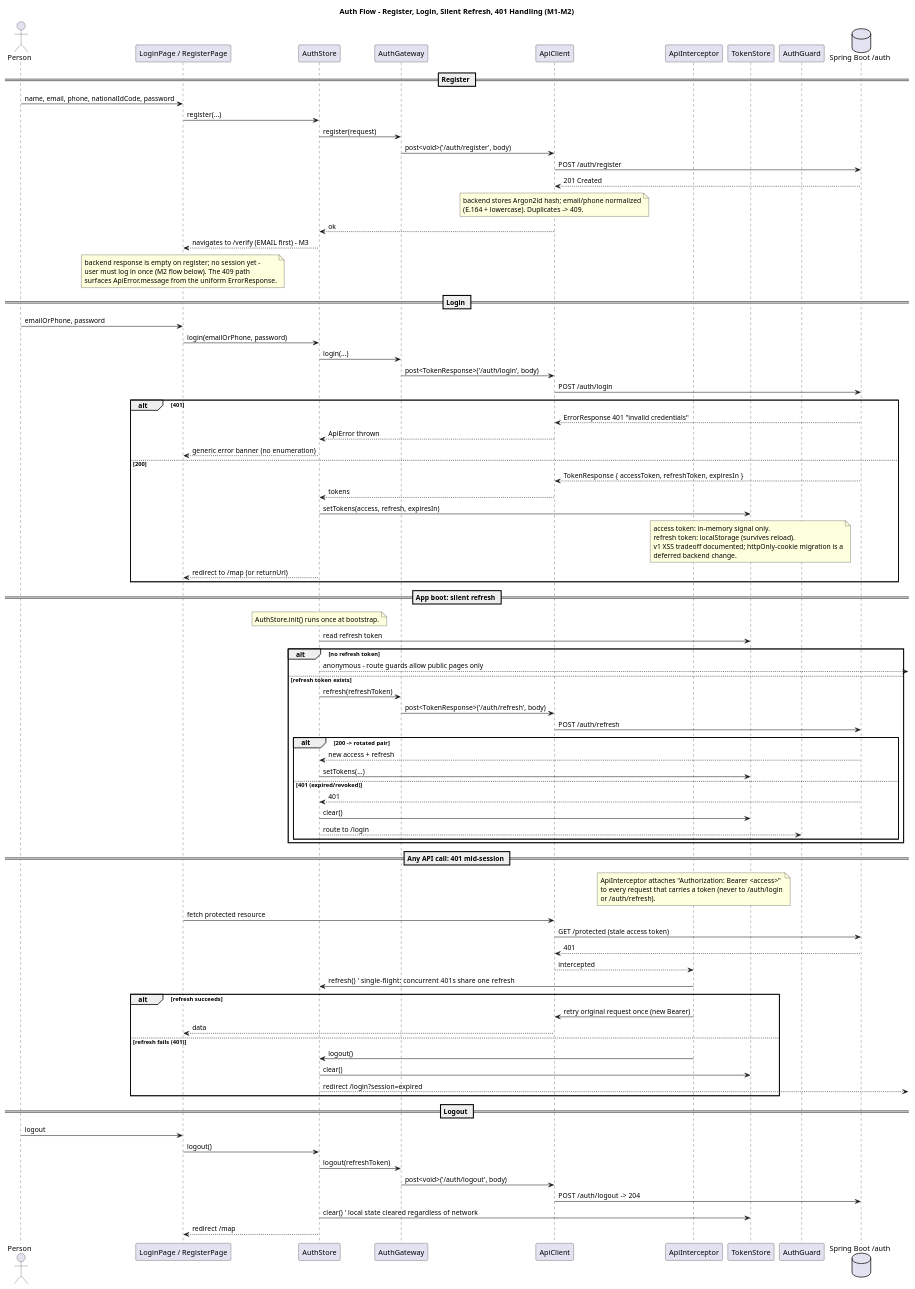
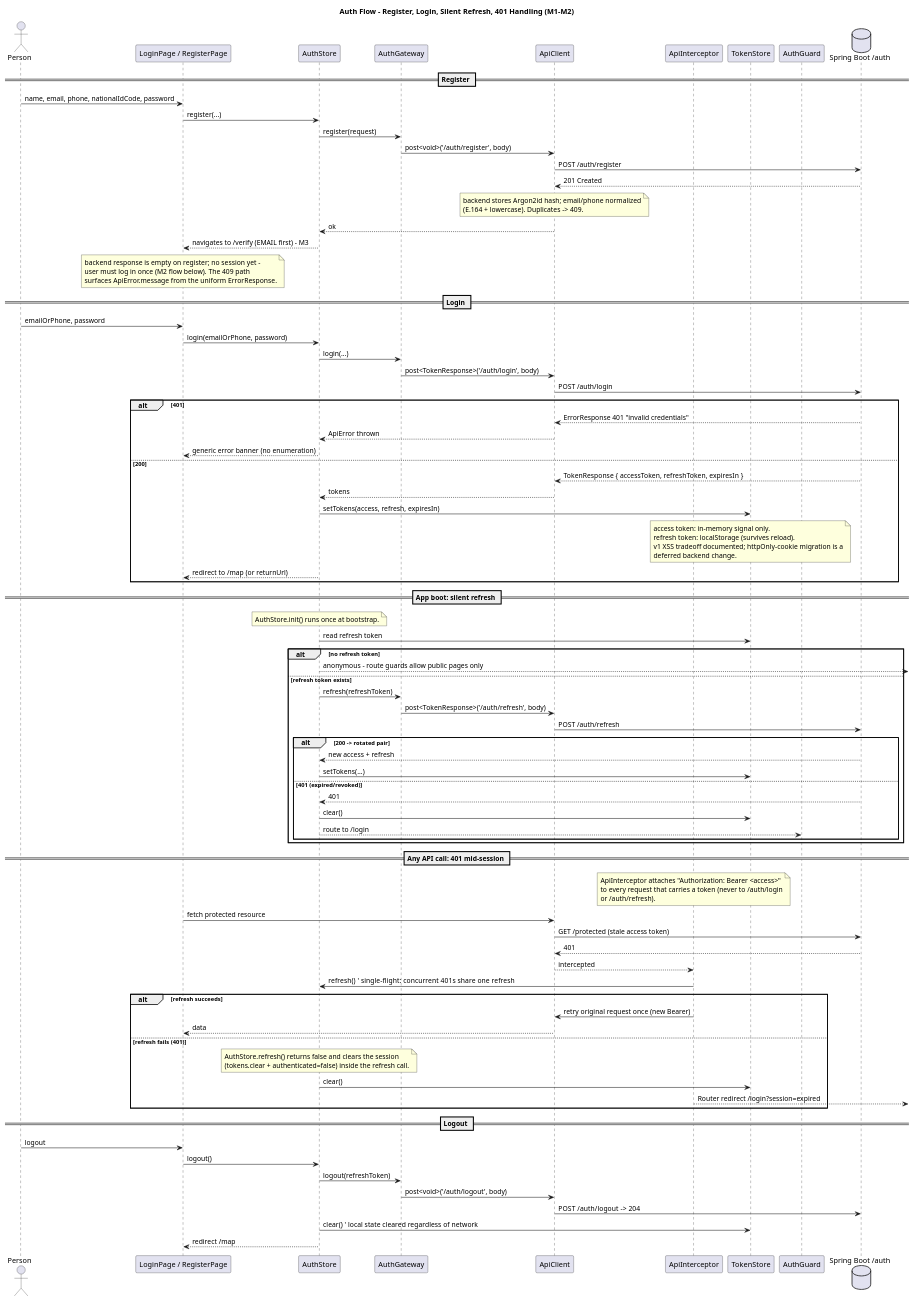
One commit to Bro223/OpenShelter changed the diagram in frontend/docs/02-auth-flow.puml. Above: the diagram before and after it, drawn with PlantUML. The commit also changed 28 other files, not shown here.

```diff
--- a/frontend/docs/02-auth-flow.puml
+++ b/frontend/docs/02-auth-flow.puml
@@ -1,106 +1,109 @@
 @startuml
 title Auth Flow - Register, Login, Silent Refresh, 401 Handling (M1-M2)
 
 actor Person
 
 participant "LoginPage / RegisterPage" as PG
 participant "AuthStore" as AS
 participant "AuthGateway" as AG
 participant "ApiClient" as AC
 participant "ApiInterceptor" as AI
 participant "TokenStore" as TS
 participant "AuthGuard" as G
 database "Spring Boot /auth" as API
 
 == Register ==
 Person -> PG : name, email, phone, nationalIdCode, password
 PG -> AS : register(...)
 AS -> AG : register(request)
 AG -> AC : post<void>('/auth/register', body)
 AC -> API : POST /auth/register
 API --> AC : 201 Created
 note over AC
   backend stores Argon2id hash; email/phone normalized
   (E.164 + lowercase). Duplicates -> 409.
 end note
 AC --> AS : ok
 AS --> PG : navigates to /verify (EMAIL first) - M3
 note over PG
   backend response is empty on register; no session yet -
   user must log in once (M2 flow below). The 409 path
   surfaces ApiError.message from the uniform ErrorResponse.
 end note
 
 == Login ==
 Person -> PG : emailOrPhone, password
 PG -> AS : login(emailOrPhone, password)
 AS -> AG : login(...)
 AG -> AC : post<TokenResponse>('/auth/login', body)
 AC -> API : POST /auth/login
 alt 401
   API --> AC : ErrorResponse 401 "invalid credentials"
   AC --> AS : ApiError thrown
   AS --> PG : generic error banner (no enumeration)
 else 200
   API --> AC : TokenResponse { accessToken, refreshToken, expiresIn }
   AC --> AS : tokens
   AS -> TS : setTokens(access, refresh, expiresIn)
   note over TS
     access token: in-memory signal only.
     refresh token: localStorage (survives reload).
     v1 XSS tradeoff documented; httpOnly-cookie migration is a
     deferred backend change.
   end note
   AS --> PG : redirect to /map (or returnUrl)
 end
 
 == App boot: silent refresh ==
 note over AS
   AuthStore.init() runs once at bootstrap.
 end note
 AS -> TS : read refresh token
 alt no refresh token
   AS --> : anonymous - route guards allow public pages only
 else refresh token exists
   AS -> AG : refresh(refreshToken)
   AG -> AC : post<TokenResponse>('/auth/refresh', body)
   AC -> API : POST /auth/refresh
   alt 200 -> rotated pair
     API --> AS : new access + refresh
     AS -> TS : setTokens(...)
   else 401 (expired/revoked)
     API --> AS : 401
     AS -> TS : clear()
     AS --> G : route to /login
   end
 end
 
 == Any API call: 401 mid-session ==
 note over AI
   ApiInterceptor attaches "Authorization: Bearer <access>"
   to every request that carries a token (never to /auth/login
   or /auth/refresh).
 end note
 PG -> AC : fetch protected resource
 AC -> API : GET /protected (stale access token)
 API --> AC : 401
 AC --> AI : intercepted
 AI -> AS : refresh()   ' single-flight: concurrent 401s share one refresh
 alt refresh succeeds
   AI -> AC : retry original request once (new Bearer)
   AC --> PG : data
 else refresh fails (401)
-  AI -> AS : logout()
+  note over AS
+    AuthStore.refresh() returns false and clears the session
+    (tokens.clear + authenticated=false) inside the refresh call.
+  end note
   AS -> TS : clear()
-  AS --> : redirect /login?session=expired
+  AI --> : Router redirect /login?session=expired
 end
 
 == Logout ==
 Person -> PG : logout
 PG -> AS : logout()
 AS -> AG : logout(refreshToken)
 AG -> AC : post<void>('/auth/logout', body)
 AC -> API : POST /auth/logout  -> 204
 AS -> TS : clear()  ' local state cleared regardless of network
 AS --> PG : redirect /map
 @enduml
```
